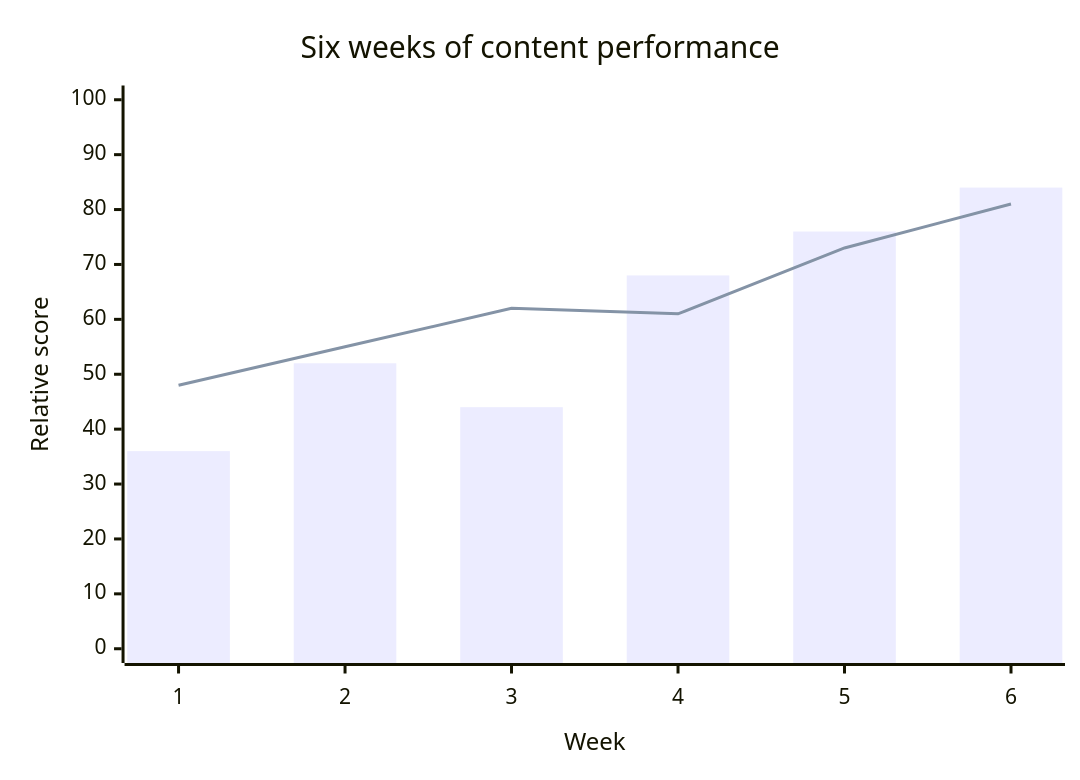
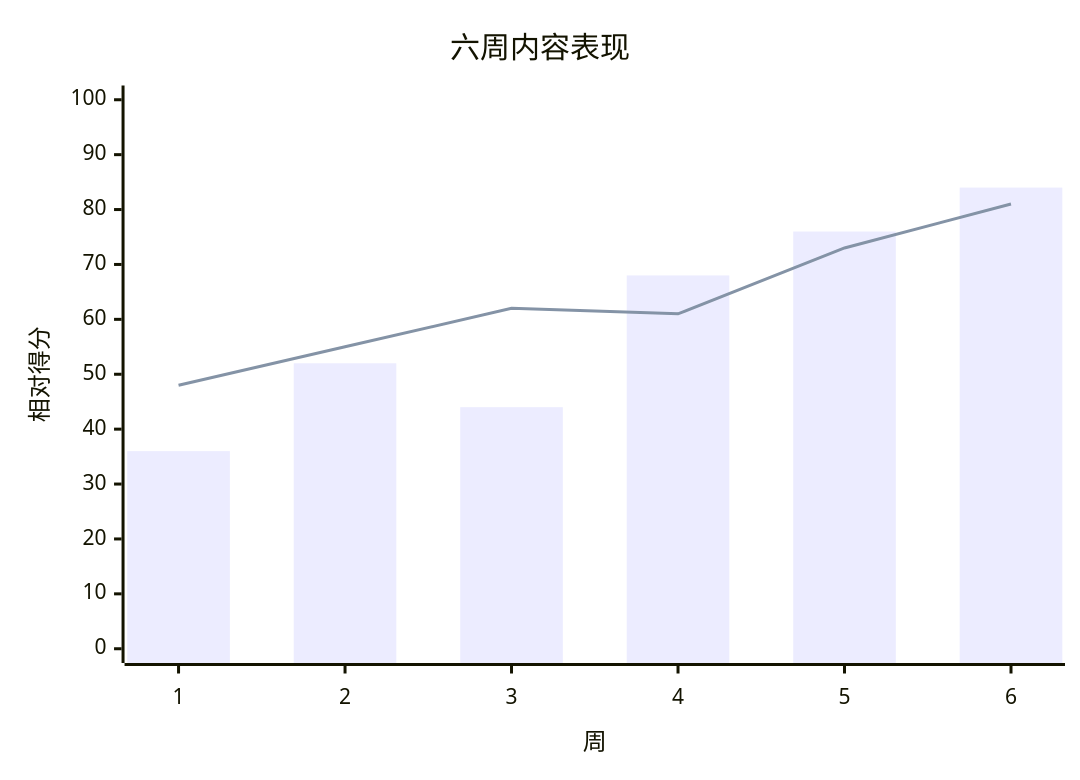
One commit to TTStudio336/tncloud.fun changed the sixth of 14 diagrams in src/content/posts/markdown-mermaid.md. Above: the diagram before and after it, drawn with Mermaid. The commit also changed other lines of this file and 43 other files, not shown here.

````diff
--- a/src/content/posts/markdown-mermaid.md
+++ b/src/content/posts/markdown-mermaid.md
@@ -139,10 +139,10 @@
 ```mermaid
 xychart-beta
-    accTitle: Six weeks of content performance
-    accDescr: Bars show normalized weekly publishing volume, while the line shows normalized reading completion.
-    title "Six weeks of content performance"
-    x-axis "Week" [1, 2, 3, 4, 5, 6]
-    y-axis "Relative score" 0 --> 100
+    accTitle: 六周内容表现
+    accDescr: 柱状图显示标准化后的每周发布量，折线显示标准化后的阅读完成率。
+    title "六周内容表现"
+    x-axis "周" [1, 2, 3, 4, 5, 6]
+    y-axis "相对得分" 0 --> 100
     bar [36, 52, 44, 68, 76, 84]
     line [48, 55, 62, 61, 73, 81]
 ```
````
